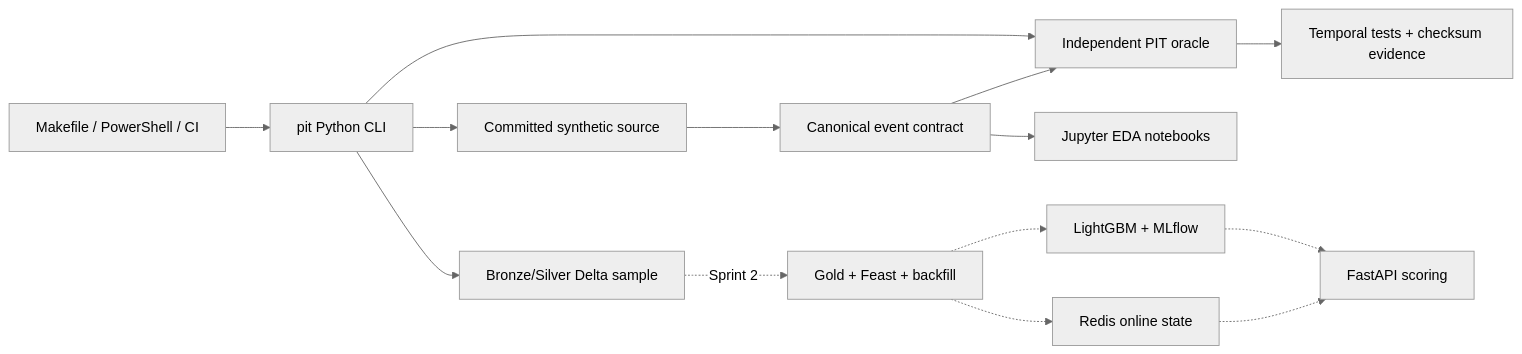
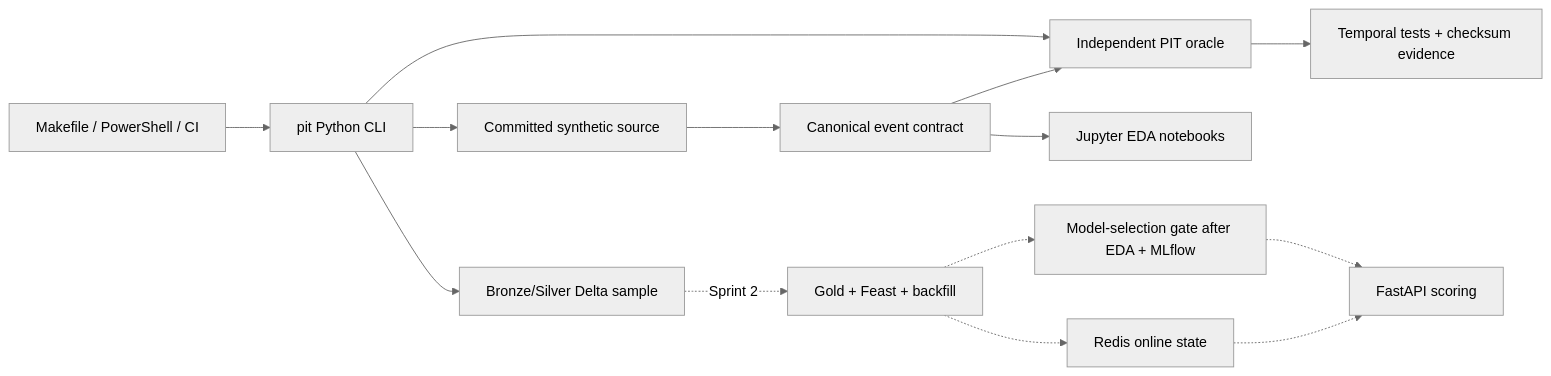
One commit to fishperson113/pit-fintech changed the diagram in docs/architecture-v1.md. Above: the diagram before and after it, drawn with Mermaid (neutral theme). The commit also changed other lines of this file and 17 other files, not shown here.

Commit message:
docs: pitch deck, high level architecture design

````diff
--- a/docs/architecture-v1.md
+++ b/docs/architecture-v1.md
@@ -5,16 +5,16 @@
 ```mermaid
 flowchart LR
     S["Committed synthetic source"] --> C["Canonical event contract"]
     C --> O["Independent PIT oracle"]
     O --> T["Temporal tests + checksum evidence"]
     C --> N["Jupyter EDA notebooks"]
     M["Makefile / PowerShell / CI"] --> P["pit Python CLI"]
     P --> S
     P --> O
     P --> D["Bronze/Silver Delta sample"]
     D -. "Sprint 2" .-> G["Gold + Feast + backfill"]
     G -.-> R["Redis online state"]
-    G -.-> L["LightGBM + MLflow"]
+    G -.-> L["Model-selection gate after EDA + MLflow"]
     R -.-> A["FastAPI scoring"]
     L -.-> A
 ```
````
